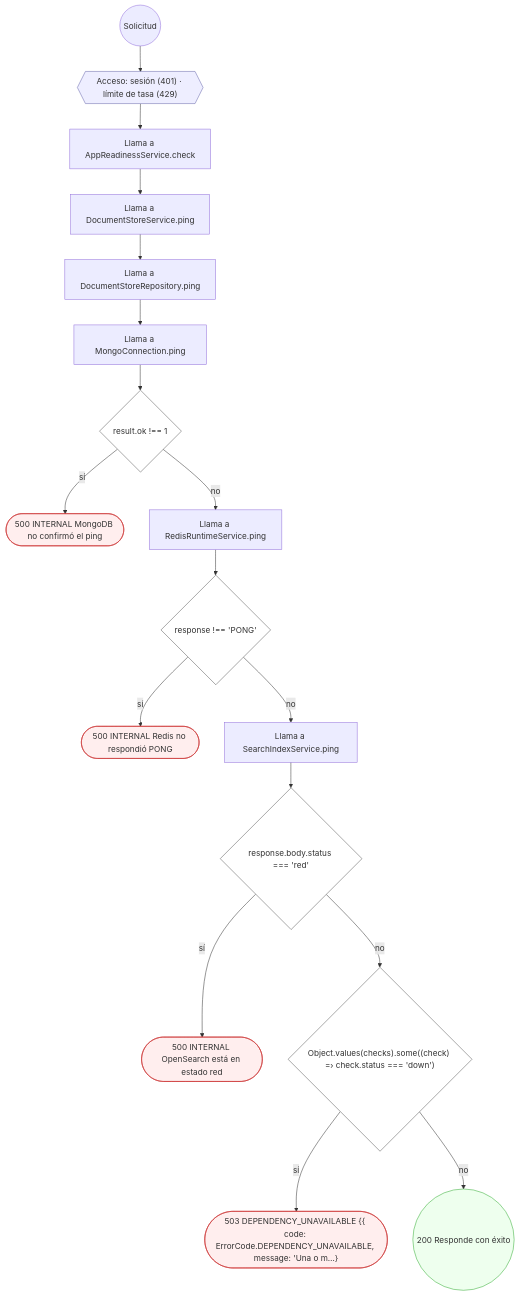
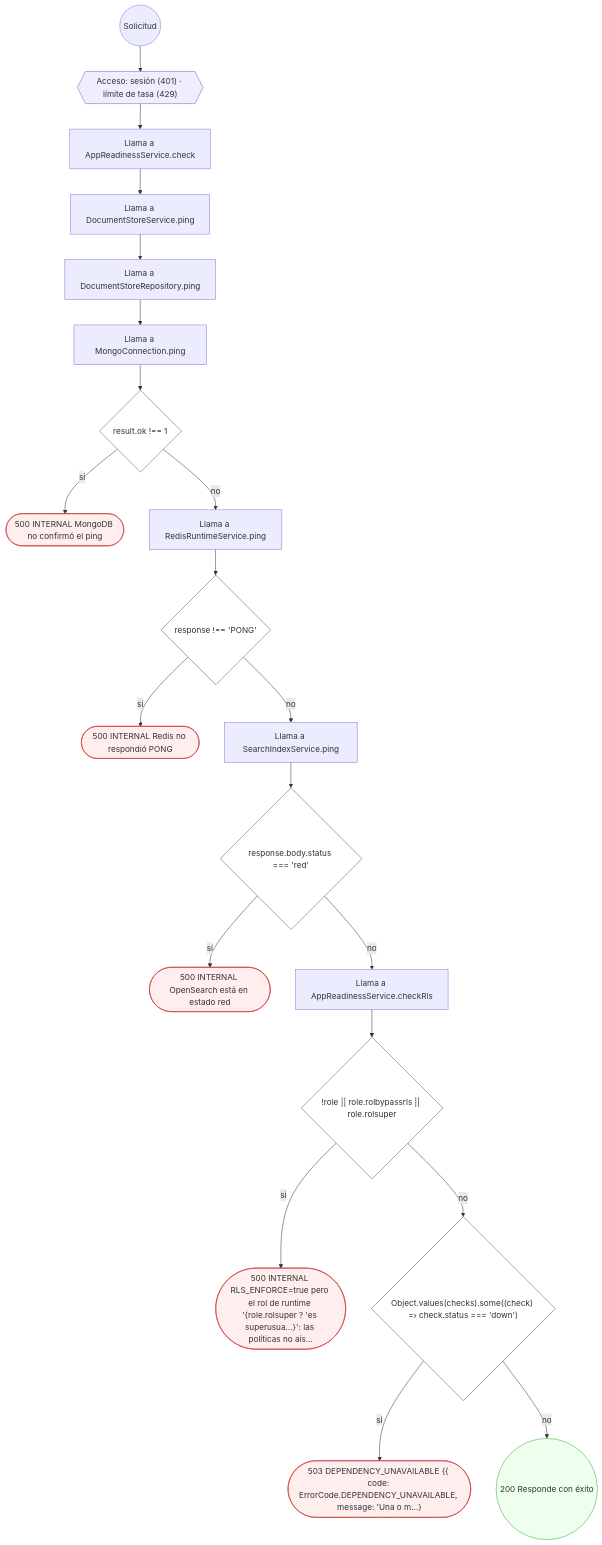
One commit to mdavila-2001/mantra-core-health-api changed the third of 3 diagrams in docs/inventario/flujos/app.md. Above: the diagram before and after it, drawn with Mermaid. The commit also changed other lines of this file and 451 other files, not shown here.

````diff
--- a/docs/inventario/flujos/app.md
+++ b/docs/inventario/flujos/app.md
@@ -123,42 +123,48 @@
 ```mermaid
 flowchart TD
   n1(("Solicitud")):::inicio
   n2{{"Acceso: sesión (401) · límite de tasa (429)"}}:::acceso
   n1 --> n2
   n3["Llama a AppReadinessService.check"]:::llamada
   n2 --> n3
   n4["Llama a DocumentStoreService.ping"]:::llamada
   n3 --> n4
   n5["Llama a DocumentStoreRepository.ping"]:::llamada
   n4 --> n5
   n6["Llama a MongoConnection.ping"]:::llamada
   n5 --> n6
   n7{"result.ok !== 1"}:::decision
   n6 --> n7
   n8(["500 INTERNAL MongoDB no confirmó el ping"]):::error
   n7 -->|"sí"| n8
   n9["Llama a RedisRuntimeService.ping"]:::llamada
   n7 -->|"no"| n9
   n10{"response !== 'PONG'"}:::decision
   n9 --> n10
   n11(["500 INTERNAL Redis no respondió PONG"]):::error
   n10 -->|"sí"| n11
   n12["Llama a SearchIndexService.ping"]:::llamada
   n10 -->|"no"| n12
   n13{"response.body.status === 'red'"}:::decision
   n12 --> n13
   n14(["500 INTERNAL OpenSearch está en estado red"]):::error
   n13 -->|"sí"| n14
-  n15{"Object.values(checks).some((check) =› check.status === 'down')"}:::decision
+  n15["Llama a AppReadinessService.checkRls"]:::llamada
   n13 -->|"no"| n15
-  n16(["503 DEPENDENCY_UNAVAILABLE {{ code: ErrorCode.DEPENDENCY_UNAVAILABLE, message: 'Una o m…}"]):::error
-  n15 -->|"sí"| n16
-  n17(("200 Responde con éxito")):::ok
-  n15 -->|"no"| n17
+  n16{"!role || role.rolbypassrls || role.rolsuper"}:::decision
+  n15 --> n16
+  n17(["500 INTERNAL RLS_ENFORCE=true pero el rol de runtime '{role.rolsuper ? 'es superusua…}': las políticas no aís…"]):::error
+  n16 -->|"sí"| n17
+  n18{"Object.values(checks).some((check) =› check.status === 'down')"}:::decision
+  n16 -->|"no"| n18
+  n19(["503 DEPENDENCY_UNAVAILABLE {{ code: ErrorCode.DEPENDENCY_UNAVAILABLE, message: 'Una o m…}"]):::error
+  n18 -->|"sí"| n19
+  n20(("200 Responde con éxito")):::ok
+  n18 -->|"no"| n20
   classDef acceso fill:#eef,stroke:#66a
   classDef error fill:#fee,stroke:#c33
   classDef ok fill:#efe,stroke:#3a3
   classDef efecto fill:#ffd,stroke:#aa3
   classDef decision fill:#fff,stroke:#555
   classDef corte fill:#eee,stroke:#999,stroke-dasharray: 4
 ```
````
